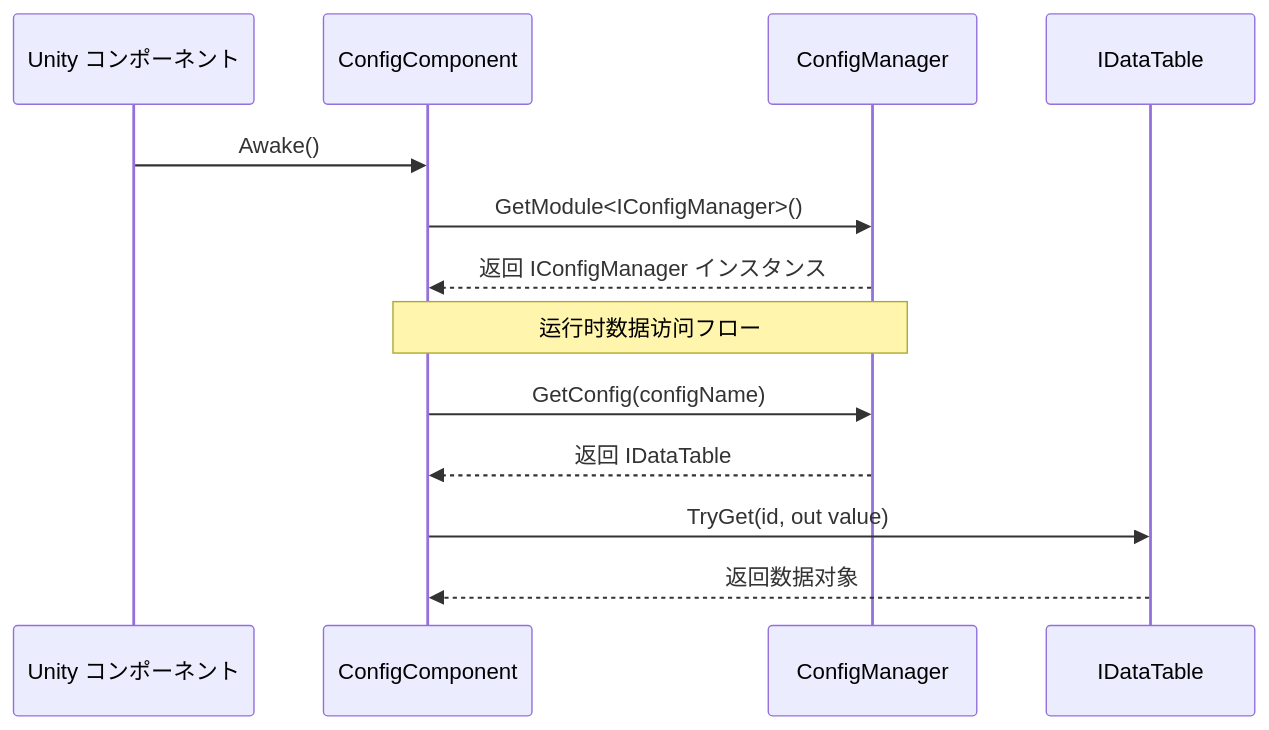
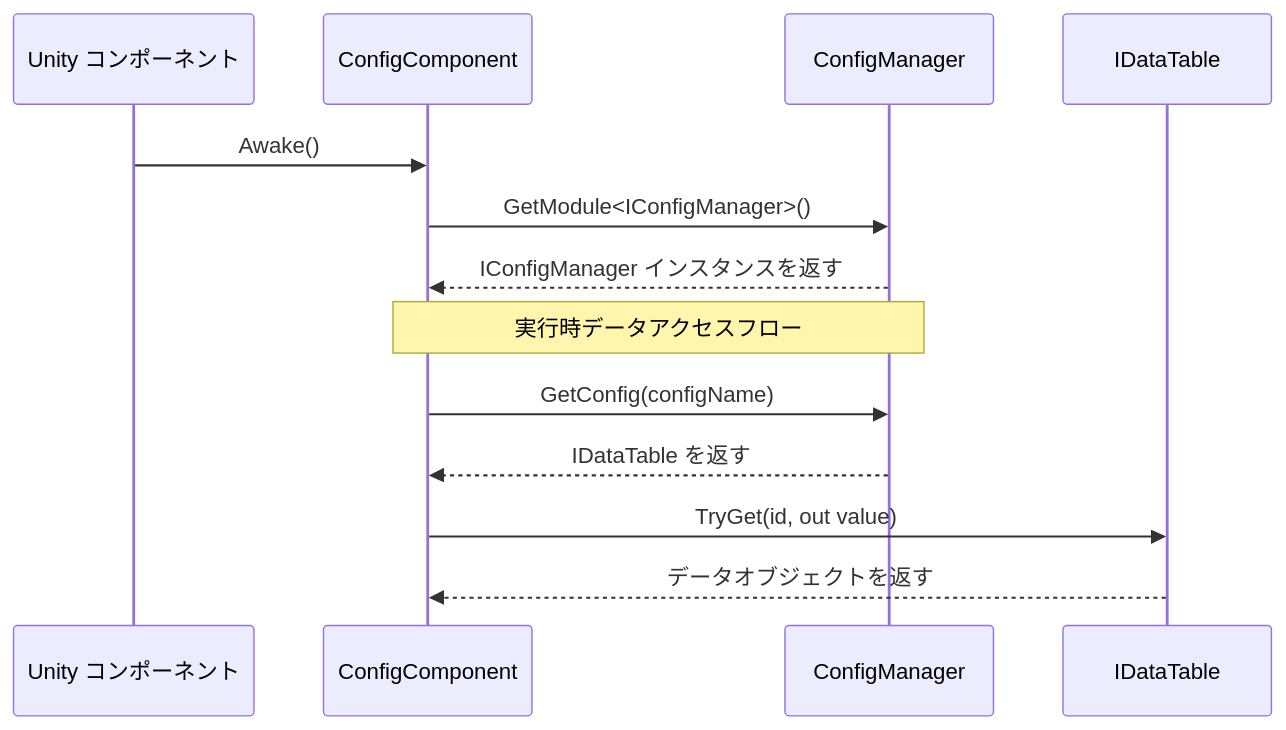
The second of 2 diagrams in docs/ja/client/unity/component/config/09.config-manager.md (AlianBlank/GameFrameX.Docs), drawn with Mermaid before and after one commit. The commit also changed other lines of this file and 320 other files, not shown here.

````diff
--- a/docs/ja/client/unity/component/config/09.config-manager.md
+++ b/docs/ja/client/unity/component/config/09.config-manager.md
@@ -69,19 +69,19 @@
 ```mermaid
 sequenceDiagram
     participant Unity as Unity コンポーネント
     participant ConfigComp as ConfigComponent
     participant ConfigMgr as ConfigManager
     participant DataTable as IDataTable
 
     Unity->>ConfigComp: Awake()
     ConfigComp->>ConfigMgr: GetModule<IConfigManager>()
-    ConfigMgr-->>ConfigComp: 返回 IConfigManager インスタンス
+    ConfigMgr-->>ConfigComp: IConfigManager インスタンスを返す
     
-    Note over ConfigComp,ConfigMgr: 运行时数据访问フロー
+    Note over ConfigComp,ConfigMgr: 実行時データアクセスフロー
     
     ConfigComp->>ConfigMgr: GetConfig(configName)
-    ConfigMgr-->>ConfigComp: 返回 IDataTable
+    ConfigMgr-->>ConfigComp: IDataTable を返す
     
     ConfigComp->>DataTable: TryGet(id, out value)
-    DataTable-->>ConfigComp: 返回数据对象
+    DataTable-->>ConfigComp: データオブジェクトを返す
 ```
````
